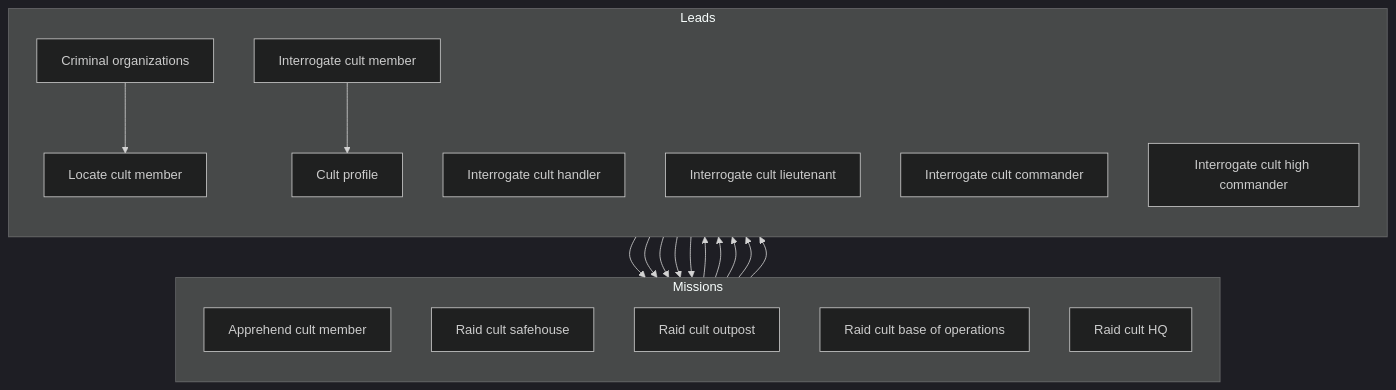
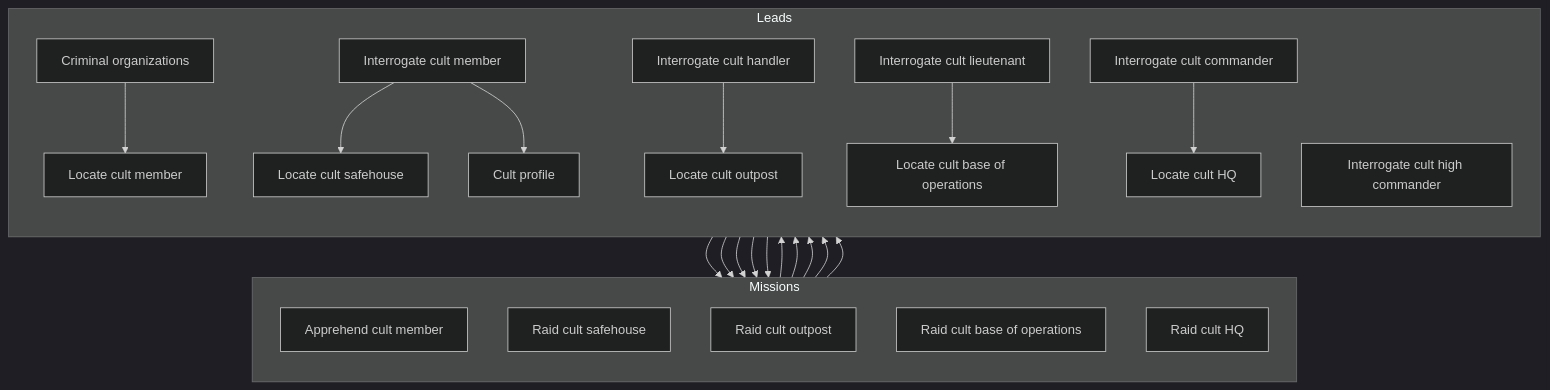
Before and after one commit to konrad-jamrozik/game-ts: the diagram in docs/design/reference_collections.md, drawn with Mermaid (dark theme). The commit also changed other lines of this file and 1 other file, not shown here.

Commit message:
docs: reference_collections.md - "Locate" leads

````diff
--- a/docs/design/reference_collections.md
+++ b/docs/design/reference_collections.md
@@ -69,38 +69,46 @@
 ```mermaid
 graph TD;
     %% Left column = Leads, Right column = Missions
 
     subgraph Missions
         direction TB
         AppreMembr[Apprehend cult member]
         RaidSafhse[Raid cult safehouse]
         RaidOutpst[Raid cult outpost]
         RaidBaseop[Raid cult base of operations]
         RaidHeadqr[Raid cult HQ]
     end
     
     subgraph Leads
         direction TB
         CrimOrganz[Criminal organizations]
         LocatMembr[Locate cult member]
         IntrgMembr[Interrogate cult member]
+        LocatSafhse[Locate cult safehouse]
         IntrgHndlr[Interrogate cult handler]
+        LocatOutpst[Locate cult outpost]
         IntrgLietn[Interrogate cult lieutenant]
+        LocatBaseop[Locate cult base of operations]
         IntrgCmndr[Interrogate cult commander]
+        LocatHeadqr[Locate cult HQ]
         IntrgHiCmd[Interrogate cult high commander]
         CultProfil[Cult profile]
     end
 
     CrimOrganz --> LocatMembr
     LocatMembr --> AppreMembr
     AppreMembr --> IntrgMembr
-    IntrgMembr --> RaidSafhse
+    IntrgMembr --> LocatSafhse
     IntrgMembr --> CultProfil
+    LocatSafhse --> RaidSafhse
     RaidSafhse --> IntrgHndlr
-    IntrgHndlr --> RaidOutpst
+    IntrgHndlr --> LocatOutpst
+    LocatOutpst --> RaidOutpst
     RaidOutpst --> IntrgLietn
-    IntrgLietn --> RaidBaseop
+    IntrgLietn --> LocatBaseop
+    LocatBaseop --> RaidBaseop
     RaidBaseop --> IntrgCmndr
-    IntrgCmndr --> RaidHeadqr
+    IntrgCmndr --> LocatHeadqr
+    LocatHeadqr --> RaidHeadqr
     RaidHeadqr --> IntrgHiCmd
 ```
````
